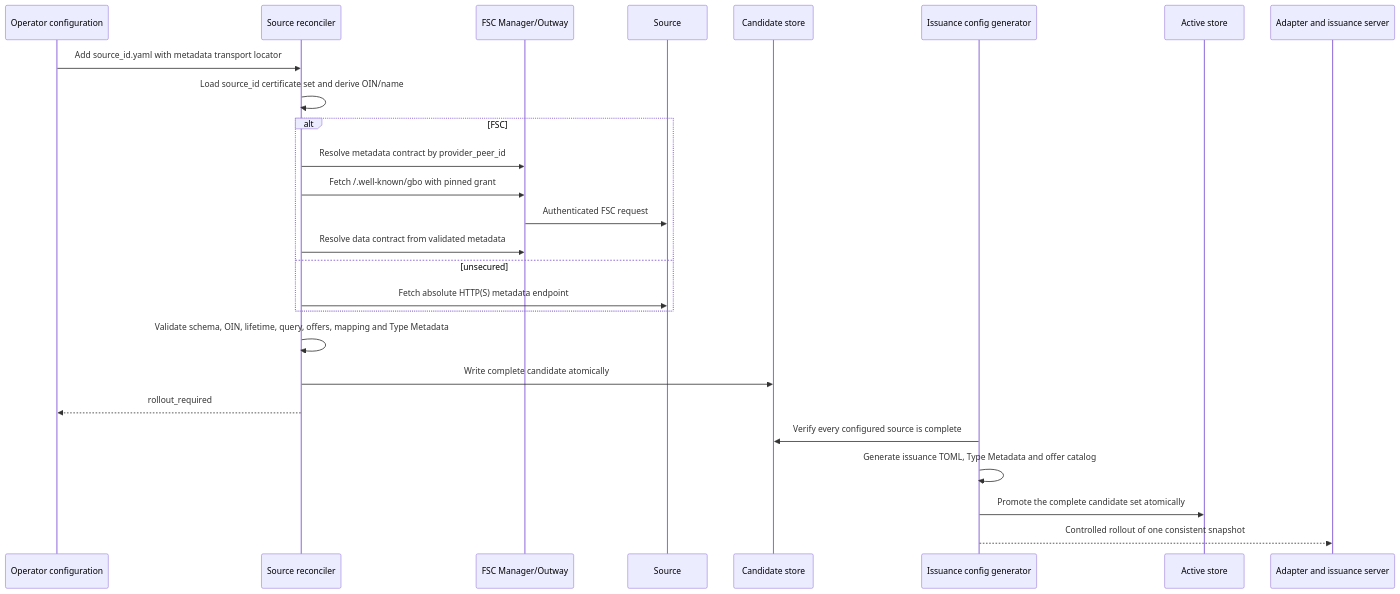
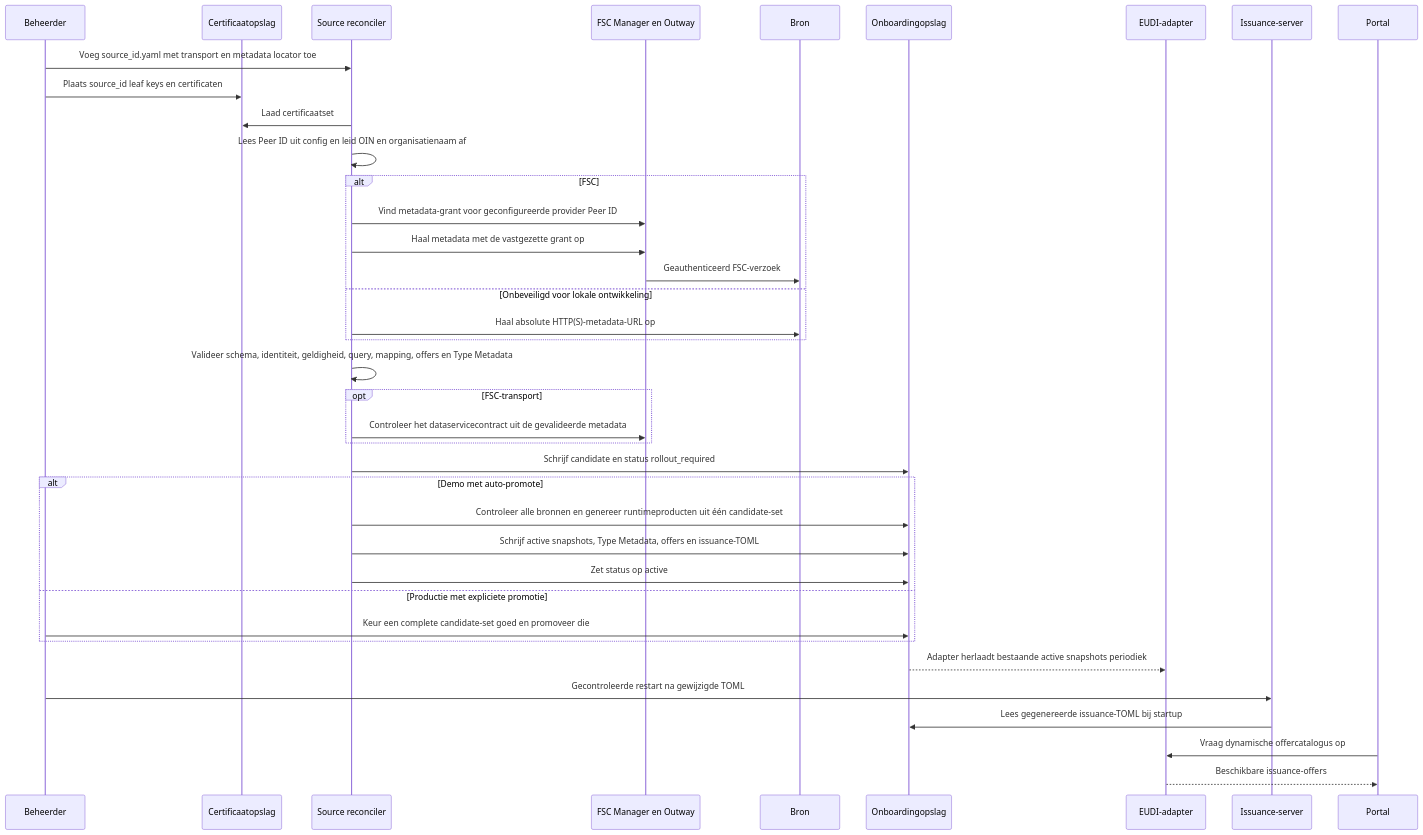
The second of 2 diagrams in docs/source-onboarding.md (ICTU/GBO-demo), drawn with Mermaid before and after one commit. The commit also changed other lines of this file, not shown here.

Commit message:
docs: clarify source onboarding architecture

````diff
--- a/docs/source-onboarding.md
+++ b/docs/source-onboarding.md
@@ -104,29 +159,41 @@
 ```mermaid
 sequenceDiagram
-    participant O as Operator configuration
+    participant O as Beheerder
+    participant K as Certificaatopslag
     participant R as Source reconciler
-    participant F as FSC Manager/Outway
-    participant B as Source
-    participant C as Candidate store
-    participant G as Issuance config generator
-    participant A as Active store
-    participant I as Adapter and issuance server
+    participant F as FSC Manager en Outway
+    participant B as Bron
+    participant P as Onboardingopslag
+    participant A as EUDI-adapter
+    participant I as Issuance-server
+    participant U as Portal
 
-    O->>R: Add source_id.yaml with metadata transport locator
-    R->>R: Load source_id certificate set and derive OIN/name
+    O->>R: Voeg source_id.yaml met transport en metadata locator toe
+    O->>K: Plaats source_id leaf keys en certificaten
+    R->>K: Laad certificaatset
+    R->>R: Lees Peer ID uit config en leid OIN en organisatienaam af
     alt FSC
-        R->>F: Resolve metadata contract by provider_peer_id
-        R->>F: Fetch /.well-known/gbo with pinned grant
-        F->>B: Authenticated FSC request
-        R->>F: Resolve data contract from validated metadata
-    else unsecured
-        R->>B: Fetch absolute HTTP(S) metadata endpoint
+        R->>F: Vind metadata-grant voor geconfigureerde provider Peer ID
+        R->>F: Haal metadata met de vastgezette grant op
+        F->>B: Geauthenticeerd FSC-verzoek
+    else Onbeveiligd voor lokale ontwikkeling
+        R->>B: Haal absolute HTTP(S)-metadata-URL op
     end
-    R->>R: Validate schema, OIN, lifetime, query, offers, mapping and Type Metadata
-    R->>C: Write complete candidate atomically
-    R-->>O: rollout_required
-    G->>C: Verify every configured source is complete
-    G->>G: Generate issuance TOML, Type Metadata and offer catalog
-    G->>A: Promote the complete candidate set atomically
-    G-->>I: Controlled rollout of one consistent snapshot
+    R->>R: Valideer schema, identiteit, geldigheid, query, mapping, offers en Type Metadata
+    opt FSC-transport
+        R->>F: Controleer het dataservicecontract uit de gevalideerde metadata
+    end
+    R->>P: Schrijf candidate en status rollout_required
+    alt Demo met auto-promote
+        R->>P: Controleer alle bronnen en genereer runtimeproducten uit één candidate-set
+        R->>P: Schrijf active snapshots, Type Metadata, offers en issuance-TOML
+        R->>P: Zet status op active
+    else Productie met expliciete promotie
+        O->>P: Keur een complete candidate-set goed en promoveer die
+    end
+    P-->>A: Adapter herlaadt bestaande active snapshots periodiek
+    O->>I: Gecontroleerde restart na gewijzigde TOML
+    I->>P: Lees gegenereerde issuance-TOML bij startup
+    U->>A: Vraag dynamische offercatalogus op
+    A-->>U: Beschikbare issuance-offers
 ```
````
